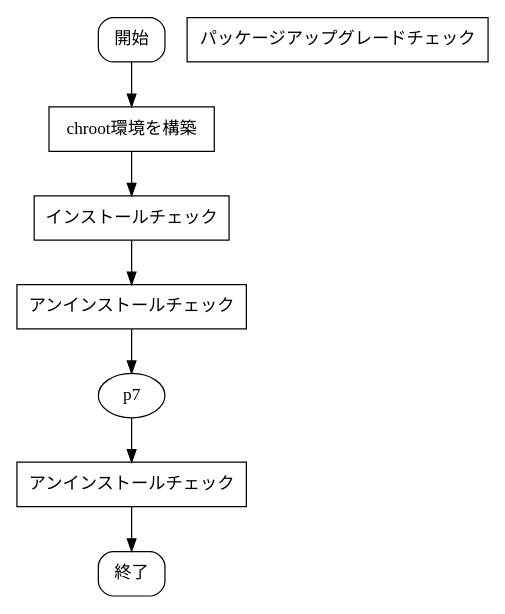
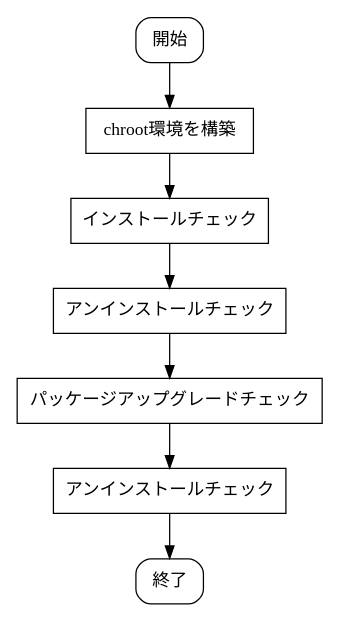
The diagram in image201004/piuparts-process.dot (dancerj/monthly-report), drawn with Graphviz before and after one commit. The commit also changed 2 other files, not shown here.

```diff
--- a/image201004/piuparts-process.dot
+++ b/image201004/piuparts-process.dot
@@ -1,23 +1,22 @@
 # dot -Tps:cairo -o piuparts-process.eps piuparts-process.dot
 
 digraph {
 	graph [size = "4, 5"];
 	p0 [label="開始", shape=Mrecord];
 	p2 [label="chroot環境を構築", shape=box];
 	//p3 [label="dpkg -i でパッケージをインストール", shape=box];
 	//p4 [label="apt-get -yf --no-remove install\n でパッケージをインストール", shape=box];
 	p4 [label="インストールチェック", shape=box];
 	p5 [label="アンインストールチェック", shape=box];
 	//p5 [label="dpkg --remove パッケージをアンインストール", shape=box];
 	//p6 [label="dpkg --remove --purge パッケージをアンインストール", shape=box];
 	//p7 [label="古いパッケージがある？", shape=diamond];
 	p8 [label="パッケージアップグレードチェック", shape=box];
 	p9 [label="アンインストールチェック", shape=box];
 	p10 [label="終了", shape=Mrecord];
 	
-	p0 -> p2 -> p4 -> p5 -> p7;
+	p0 -> p2 -> p4 -> p5 -> p8 ->p9 ->p10
 	//p7 -> p8 [label="Yes"];
-	p7 -> p9;
+	//p7 -> p9;
 	//p7 -> p10 [label="No"];
-	p9 -> p10;
 }
```
